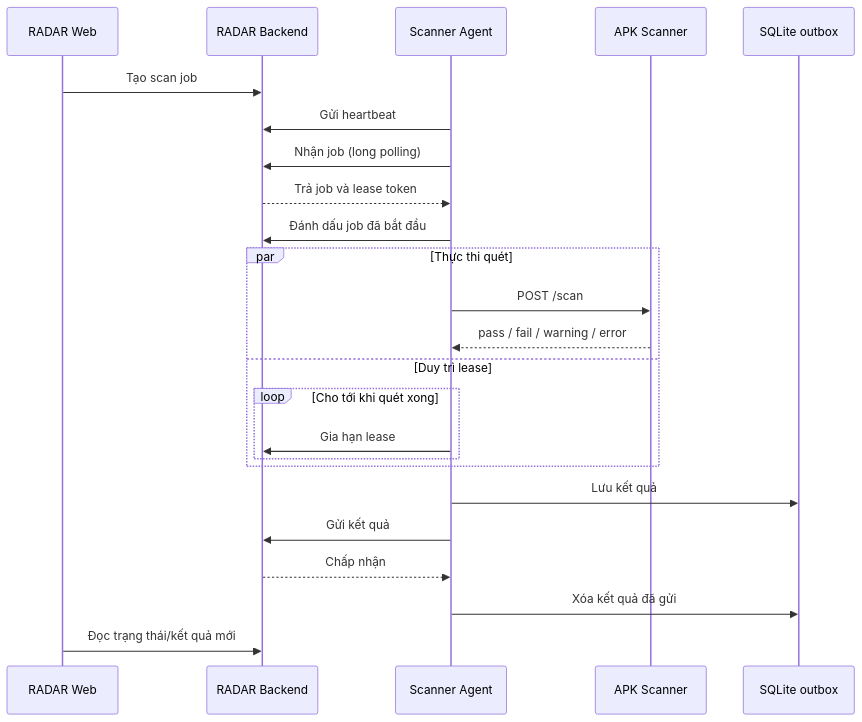
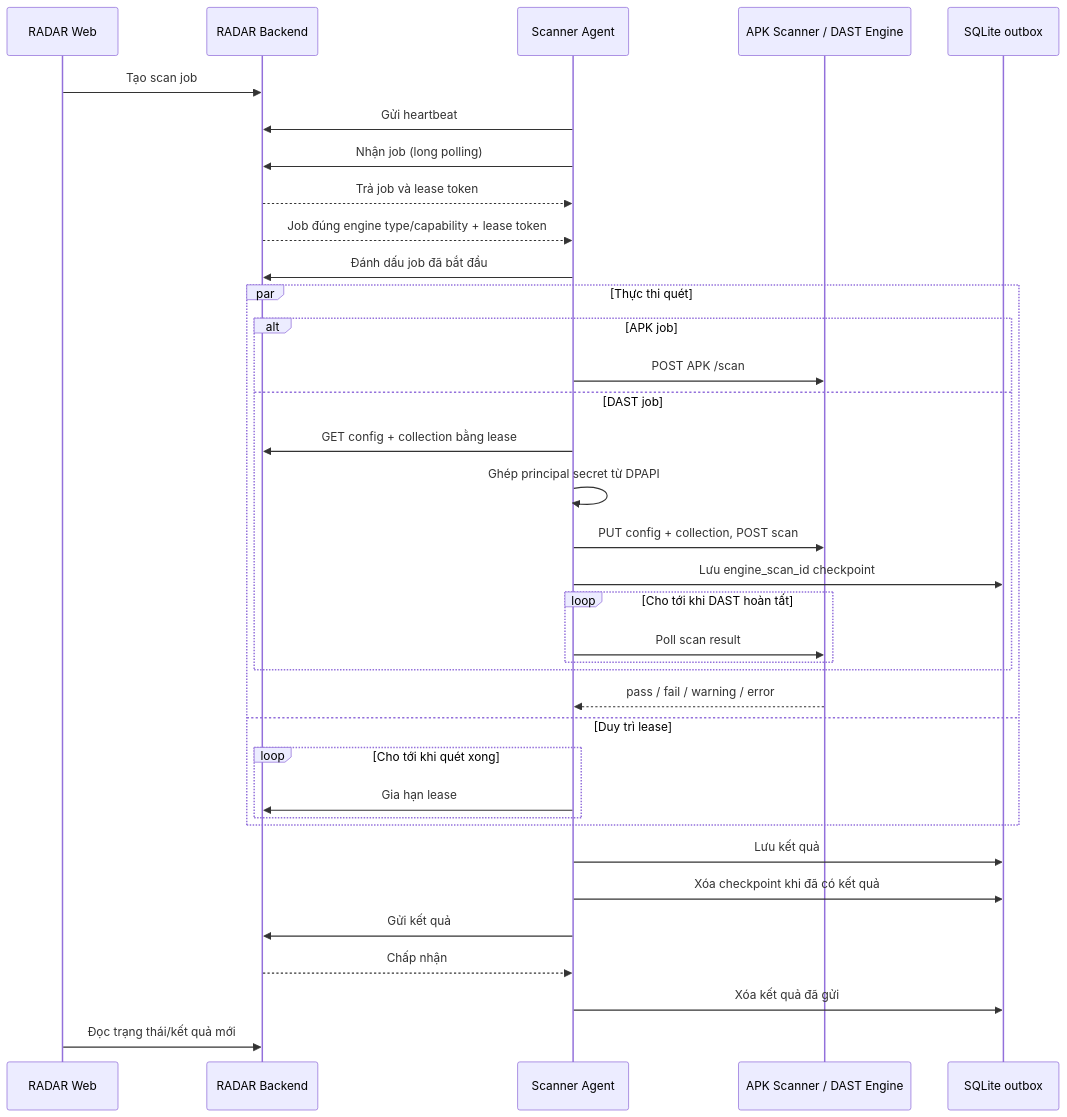
One commit to xuancanhit99/vnpay-radar-scanner-agent changed the second of 2 diagrams in docs/architecture.md. Above: the diagram before and after it, drawn with Mermaid. The commit also changed other lines of this file and 3 other files, not shown here.

````diff
--- a/docs/architecture.md
+++ b/docs/architecture.md
@@ -72,27 +72,39 @@
 ```mermaid
 sequenceDiagram
     participant UI as RADAR Web
     participant API as RADAR Backend
     participant Agent as Scanner Agent
-    participant Scanner as APK Scanner
+    participant Local as APK Scanner / DAST Engine
     participant DB as SQLite outbox
 
     UI->>API: Tạo scan job
     Agent->>API: Gửi heartbeat
     Agent->>API: Nhận job (long polling)
     API-->>Agent: Trả job và lease token
+    API-->>Agent: Job đúng engine type/capability + lease token
     Agent->>API: Đánh dấu job đã bắt đầu
     par Thực thi quét
-        Agent->>Scanner: POST /scan
-        Scanner-->>Agent: pass / fail / warning / error
+        alt APK job
+            Agent->>Local: POST APK /scan
+        else DAST job
+            Agent->>API: GET config + collection bằng lease
+            Agent->>Agent: Ghép principal secret từ DPAPI
+            Agent->>Local: PUT config + collection, POST scan
+            Agent->>DB: Lưu engine_scan_id checkpoint
+            loop Cho tới khi DAST hoàn tất
+                Agent->>Local: Poll scan result
+            end
+        end
+        Local-->>Agent: pass / fail / warning / error
     and Duy trì lease
         loop Cho tới khi quét xong
             Agent->>API: Gia hạn lease
         end
     end
     Agent->>DB: Lưu kết quả
+    Agent->>DB: Xóa checkpoint khi đã có kết quả
     Agent->>API: Gửi kết quả
     API-->>Agent: Chấp nhận
     Agent->>DB: Xóa kết quả đã gửi
     UI->>API: Đọc trạng thái/kết quả mới
 ```
````
